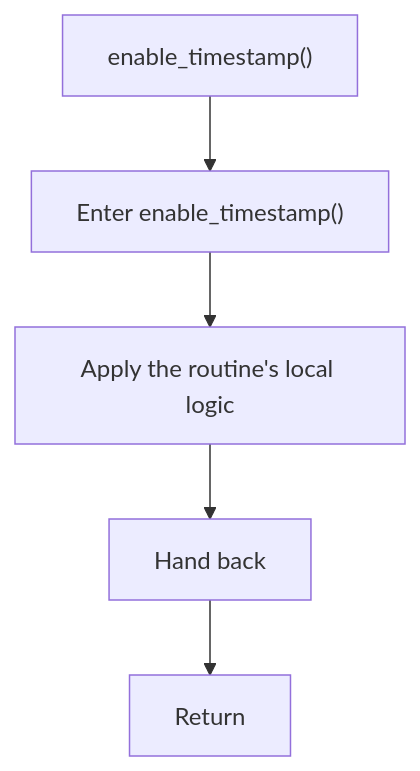
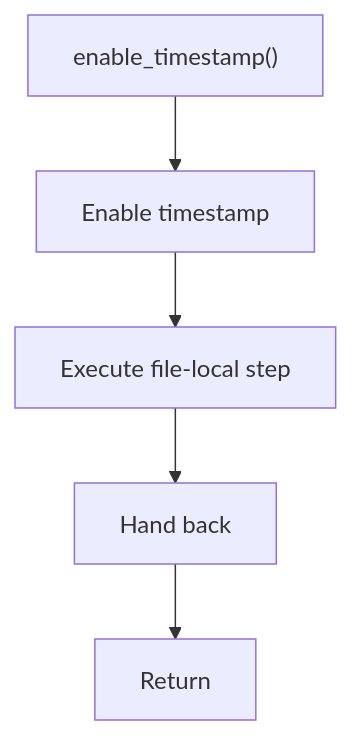
The sixth of 9 diagrams in docs/Codebase/LegacyPatternTransformSamples/legacy_singleton_to_builder_sample.cpp.md (JohnAndrewBalbarosa/NeoTerritory), drawn with Mermaid before and after one commit. The commit also changed other lines of this file and 925 other files, not shown here.

````diff
--- a/docs/Codebase/LegacyPatternTransformSamples/legacy_singleton_to_builder_sample.cpp.md
+++ b/docs/Codebase/LegacyPatternTransformSamples/legacy_singleton_to_builder_sample.cpp.md
@@ -149,12 +148,12 @@
 ```mermaid
 flowchart TD
     Start["enable_timestamp()"]
-    N0["Enter enable_timestamp()"]
-    N1["Apply the routine's local logic"]
+    N0["Enable timestamp"]
+    N1["Execute file-local step"]
     N2["Hand back"]
     End["Return"]
     Start --> N0
     N0 --> N1
     N1 --> N2
     N2 --> End
 ```
````
